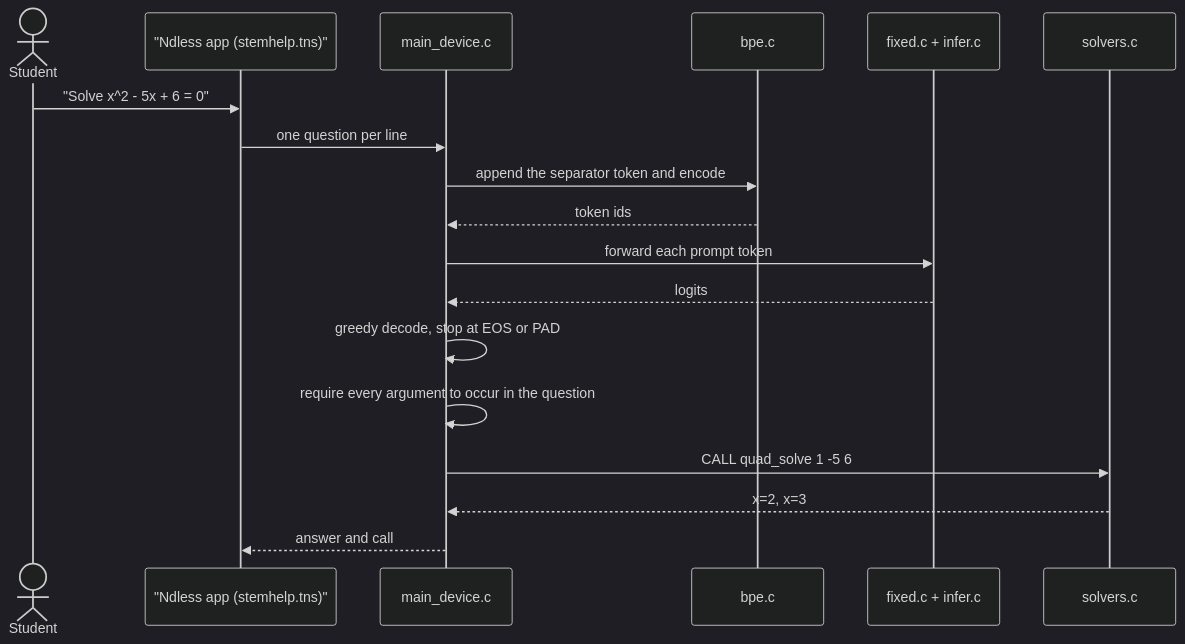
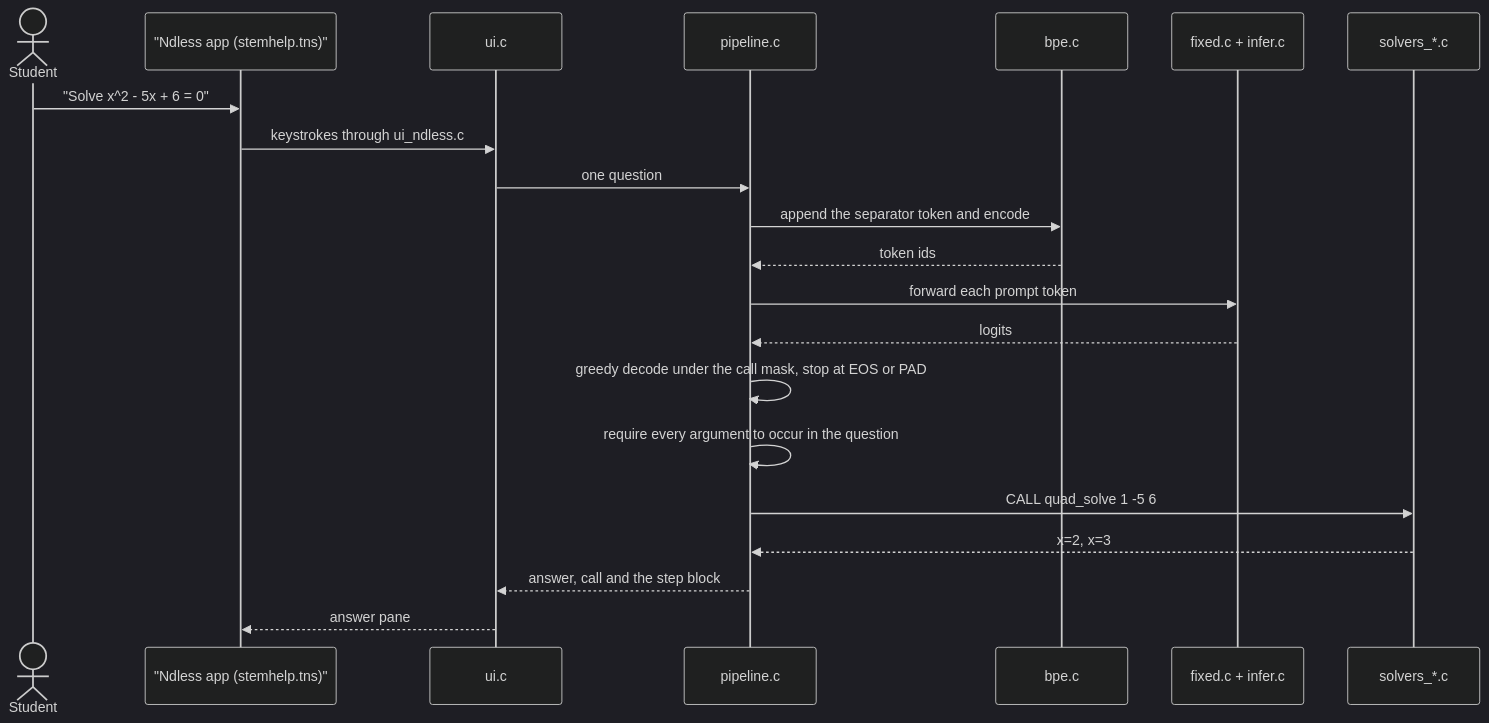
The second of 2 diagrams in docs/architecture.md (exterminatorrat/NdlessAI), drawn with Mermaid (dark theme) before and after one commit. The commit also changed other lines of this file and 1 other file, not shown here.

````diff
--- a/docs/architecture.md
+++ b/docs/architecture.md
@@ -102,21 +145,24 @@
 ```mermaid
 sequenceDiagram
   actor Student
   participant App as "Ndless app (stemhelp.tns)"
-  participant Main as main_device.c
+  participant UI as ui.c
+  participant Pipe as pipeline.c
   participant BPE as bpe.c
   participant Net as fixed.c + infer.c
-  participant Solv as solvers.c
+  participant Solv as solvers_*.c
 
   Student->>App: "Solve x^2 - 5x + 6 = 0"
-  App->>Main: one question per line
-  Main->>BPE: append the separator token and encode
-  BPE-->>Main: token ids
-  Main->>Net: forward each prompt token
-  Net-->>Main: logits
-  Main->>Main: greedy decode, stop at EOS or PAD
-  Main->>Main: require every argument to occur in the question
-  Main->>Solv: CALL quad_solve 1 -5 6
-  Solv-->>Main: x=2, x=3
-  Main-->>App: answer and call
+  App->>UI: keystrokes through ui_ndless.c
+  UI->>Pipe: one question
+  Pipe->>BPE: append the separator token and encode
+  BPE-->>Pipe: token ids
+  Pipe->>Net: forward each prompt token
+  Net-->>Pipe: logits
+  Pipe->>Pipe: greedy decode under the call mask, stop at EOS or PAD
+  Pipe->>Pipe: require every argument to occur in the question
+  Pipe->>Solv: CALL quad_solve 1 -5 6
+  Solv-->>Pipe: x=2, x=3
+  Pipe-->>UI: answer, call and the step block
+  UI-->>App: answer pane
 ```
````
